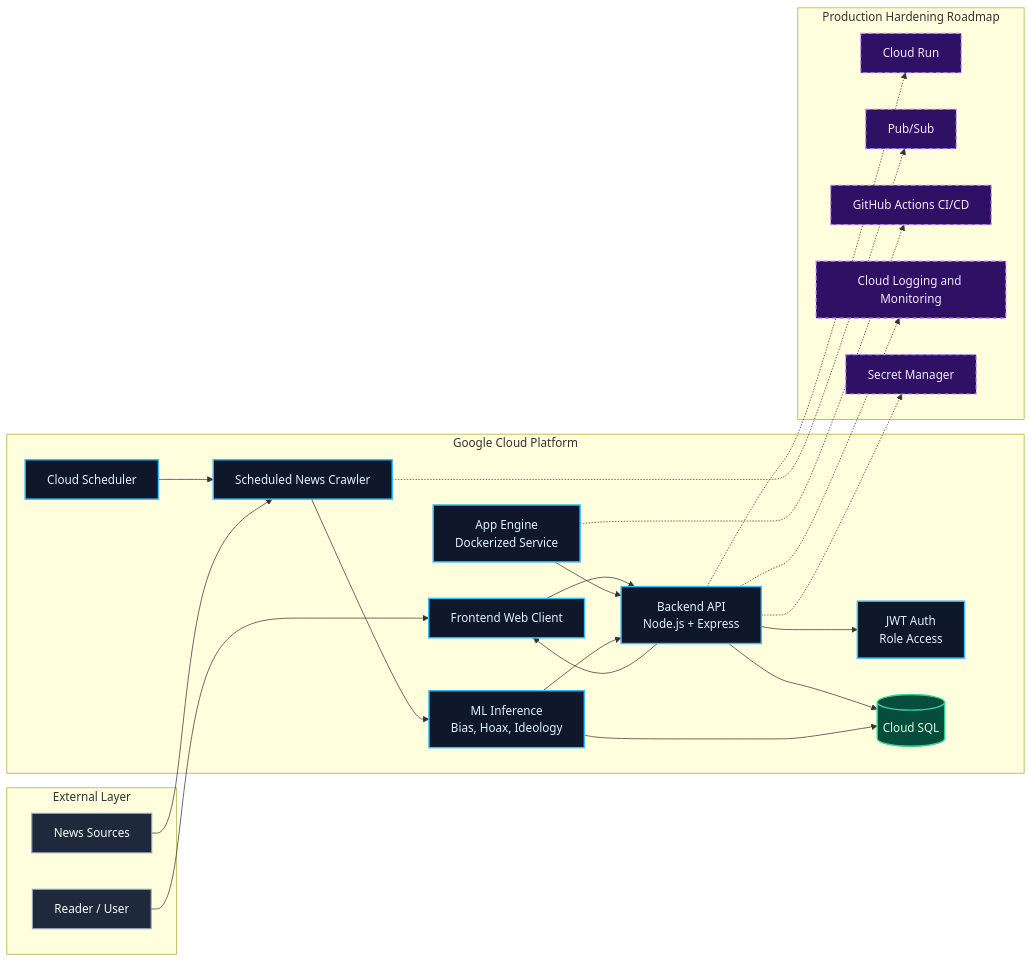
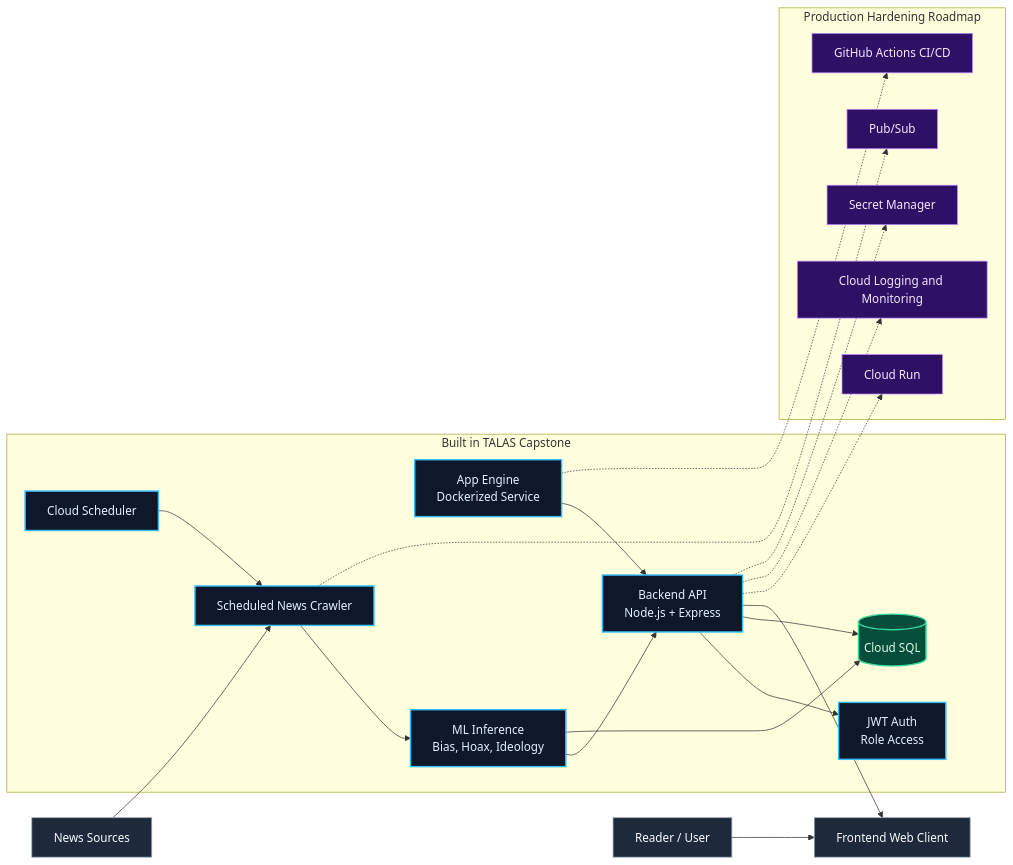
One commit to Ilhamnofaldi/Ilhamnofaldi changed the third of 6 diagrams in README.md. Above: the diagram before and after it, drawn with Mermaid. The commit also changed other lines of this file, not shown here.

````diff
--- a/README.md
+++ b/README.md
@@ -178,54 +196,48 @@
 ```mermaid
 flowchart LR
-    subgraph EXT["External Layer"]
-        USER["Reader / User"]
-        NEWS["News Sources"]
-    end
+    USER["Reader / User"] --> FE["Frontend Web Client"]
 
-    subgraph GCP["Google Cloud Platform"]
-        FE["Frontend Web Client"]
+    subgraph BUILT["Built in TALAS Capstone"]
+        APP["App Engine<br/>Dockerized Service"]
         API["Backend API<br/>Node.js + Express"]
         AUTH["JWT Auth<br/>Role Access"]
         SCHED["Cloud Scheduler"]
         CRAWLER["Scheduled News Crawler"]
         ML["ML Inference<br/>Bias, Hoax, Ideology"]
         DB[("Cloud SQL")]
-        APP["App Engine<br/>Dockerized Service"]
     end
 
-    subgraph ROADMAP["Production Hardening Roadmap"]
+    NEWS["News Sources"] --> CRAWLER
+    SCHED --> CRAWLER
+    CRAWLER --> ML
+    ML --> API
+    APP --> API
+    API --> AUTH
+    API --> DB
+    ML --> DB
+    API --> FE
+
+    subgraph NEXT["Production Hardening Roadmap"]
         RUN["Cloud Run"]
         PUBSUB["Pub/Sub"]
         CICD["GitHub Actions CI/CD"]
         LOG["Cloud Logging and Monitoring"]
         SECRET["Secret Manager"]
     end
 
-    USER --> FE
-    FE --> API
-    APP --> API
-    API --> AUTH
-    API --> DB
-    SCHED --> CRAWLER
-    NEWS --> CRAWLER
-    CRAWLER --> ML
-    ML --> API
-    ML --> DB
-    API --> FE
-
     API -.-> RUN
     CRAWLER -.-> PUBSUB
     APP -.-> CICD
     API -.-> LOG
     API -.-> SECRET
 
-    classDef built fill:#0f172a,stroke:#38bdf8,color:#e0f2fe,stroke-width:2px;
-    classDef data fill:#064e3b,stroke:#34d399,color:#dcfce7,stroke-width:2px;
-    classDef external fill:#1e293b,stroke:#94a3b8,color:#f8fafc,stroke-width:1.5px;
-    classDef roadmap fill:#2e1065,stroke:#c084fc,color:#f3e8ff,stroke-width:1.5px,stroke-dasharray: 6 4;
+    classDef externalNode fill:#1e293b,stroke:#94a3b8,color:#f8fafc,stroke-width:1px;
+    classDef builtNode fill:#0f172a,stroke:#38bdf8,color:#e0f2fe,stroke-width:2px;
+    classDef dataNode fill:#064e3b,stroke:#34d399,color:#dcfce7,stroke-width:2px;
+    classDef roadmapNode fill:#2e1065,stroke:#c084fc,color:#f3e8ff,stroke-width:1px;
 
-    class USER,NEWS external;
-    class FE,API,AUTH,SCHED,CRAWLER,ML,APP built;
-    class DB data;
-    class RUN,PUBSUB,CICD,LOG,SECRET roadmap;
+    class USER,NEWS,FE externalNode;
+    class APP,API,AUTH,SCHED,CRAWLER,ML builtNode;
+    class DB dataNode;
+    class RUN,PUBSUB,CICD,LOG,SECRET roadmapNode;
 ```
````
